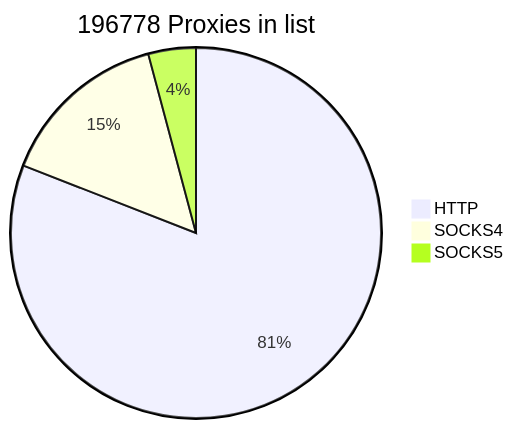
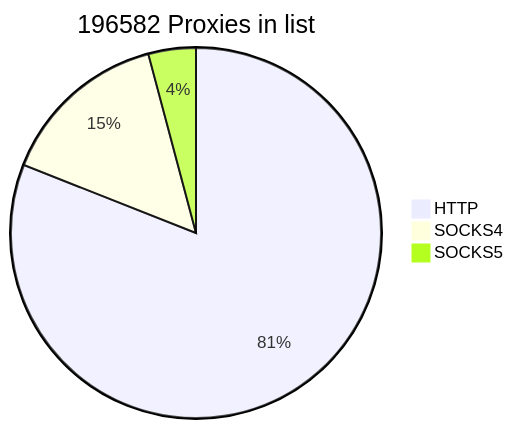
One commit to cutipu/proxylist changed the first of 2 diagrams in README.md. Above: the diagram before and after it, drawn with Mermaid. The commit also changed other lines of this file, not shown here.

````diff
--- a/README.md
+++ b/README.md
@@ -2,7 +2,7 @@
 ```mermaid
-pie title 196778 Proxies in list
-    "HTTP" : 159249
-    "SOCKS4" : 29365
-    "SOCKS5" : 8164
+pie title 196582 Proxies in list
+    "HTTP" : 159211
+    "SOCKS4" : 29227
+    "SOCKS5" : 8144
             
 ```
````
